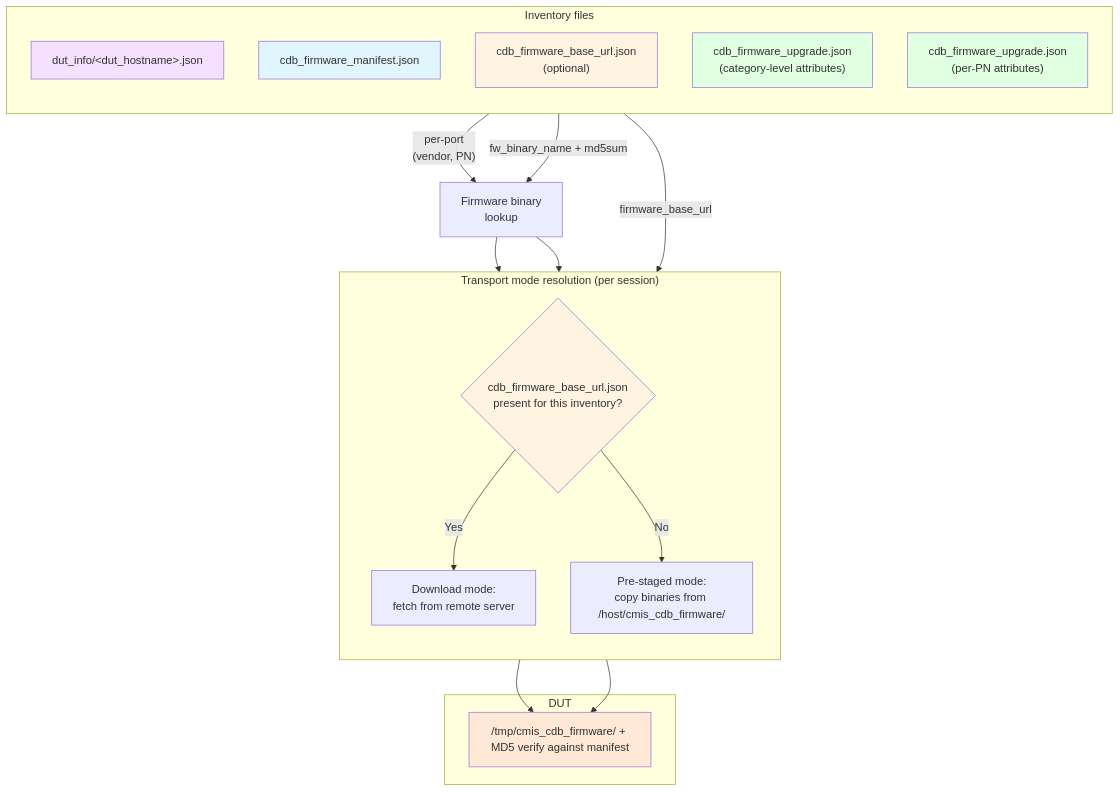
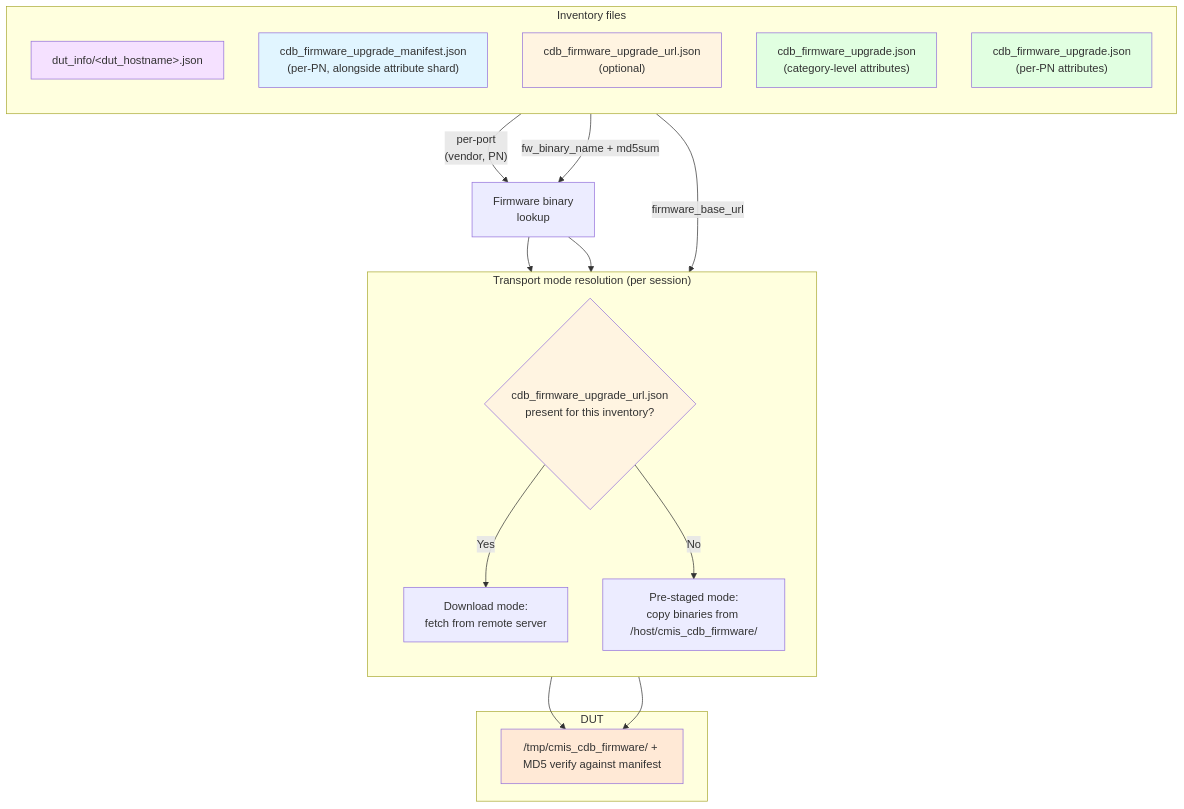
One commit to sonic-net/sonic-mgmt changed the diagram in docs/testplan/transceiver/diagrams/cdb_firmware_upgrade_flow.md. Above: the diagram before and after it, drawn with Mermaid. The commit also changed other lines of this file and 7 other files, not shown here.

Commit message:
Moved manifest per-PN and added new test case

````diff
--- a/docs/testplan/transceiver/diagrams/cdb_firmware_upgrade_flow.md
+++ b/docs/testplan/transceiver/diagrams/cdb_firmware_upgrade_flow.md
@@ -5,41 +5,41 @@
 ```mermaid
 flowchart TB
     subgraph inv["Inventory files"]
         direction TB
         I_DUT["dut_info/&lt;dut_hostname&gt;.json<br/>"]
-        I_BIN["cdb_firmware_manifest.json<br/>"]
-        I_URL["cdb_firmware_base_url.json<br/>(optional)"]
+        I_BIN["cdb_firmware_upgrade_manifest.json<br/>(per-PN, alongside attribute shard)"]
+        I_URL["cdb_firmware_upgrade_url.json<br/>(optional)"]
         I_ATTR_CAT["cdb_firmware_upgrade.json<br/>(category-level attributes)"]
         I_ATTR_PN["cdb_firmware_upgrade.json<br/>(per-PN attributes)"]
     end
 
     subgraph mode["Transport mode resolution (per session)"]
         direction TB
-        Q{"cdb_firmware_base_url.json<br/>present for this inventory?"}
+        Q{"cdb_firmware_upgrade_url.json<br/>present for this inventory?"}
         DOWN["Download mode:<br/>fetch from remote server"]
         PRE["Pre-staged mode:<br/>copy binaries from /host/cmis_cdb_firmware/"]
         Q -- "Yes" --> DOWN
         Q -- "No" --> PRE
     end
 
     subgraph stage["DUT"]
         TMP["/tmp/cmis_cdb_firmware/ + MD5 verify against manifest"]
     end
 
     I_URL -- "firmware_base_url" --> Q
     I_DUT -- "per-port<br/>(vendor, PN)" --> FW_LOOKUP
     I_BIN -- "fw_binary_name + md5sum" --> FW_LOOKUP["Firmware binary<br/>lookup"]
     FW_LOOKUP --> DOWN
     FW_LOOKUP --> PRE
 
     DOWN --> TMP
     PRE --> TMP
 
     style I_BIN fill:#e1f5ff
     style I_URL fill:#fff4e1
     style I_ATTR_CAT fill:#e1ffe1
     style I_ATTR_PN fill:#e1ffe1
     style I_DUT fill:#f5e1ff
     style Q fill:#fff4e1
     style TMP fill:#ffe9d6
 ```
````
